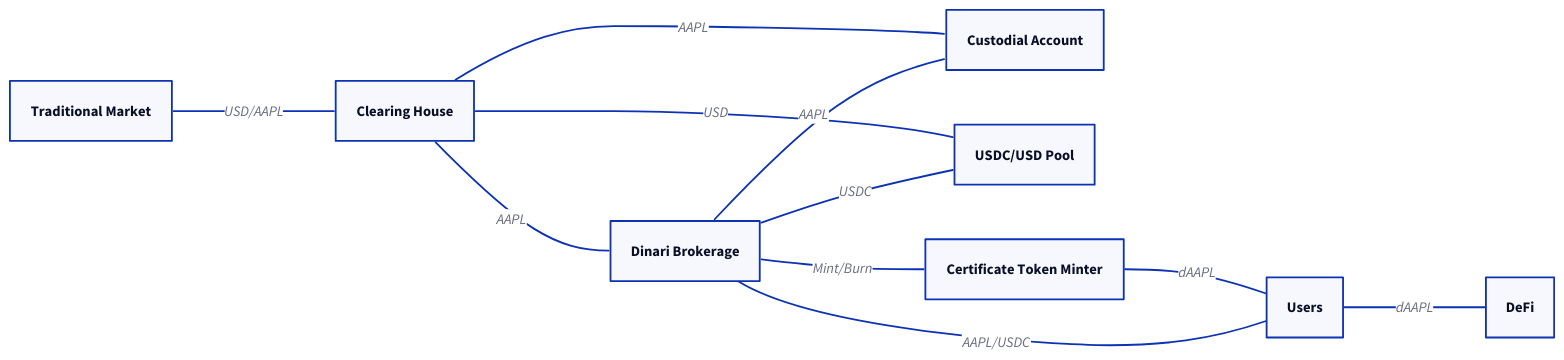
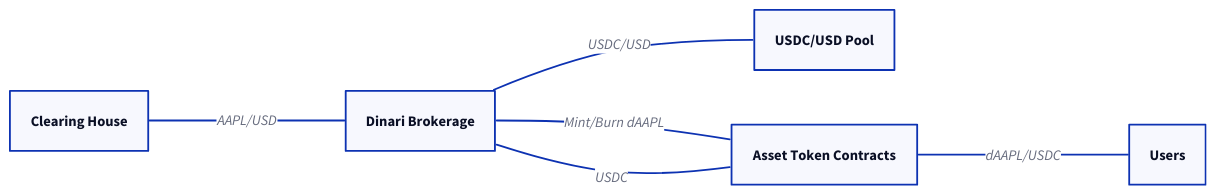
Before and after one commit to dinaricrypto/sbt-contracts: the diagram in docs/top-level.d2, drawn with D2.

```diff
--- a/docs/top-level.d2
+++ b/docs/top-level.d2
@@ -1,21 +1,13 @@
 direction: right
 
-Traditional Market
 Clearing House
-Custodial Account
 Dinari Brokerage
 USDC/USD Pool
-Certificate Token Minter
+Asset Token Contracts
 Users
-DeFi
 
-Traditional Market -- Clearing House: USD/AAPL
-Clearing House -- Custodial Account: AAPL
-Clearing House -- Dinari Brokerage: AAPL
-Clearing House -- USDC/USD Pool: USD
-Dinari Brokerage -- USDC/USD Pool: USDC
-Dinari Brokerage -- Custodial Account: AAPL
-Dinari Brokerage -- Certificate Token Minter: Mint/Burn
-Users -- Dinari Brokerage: AAPL/USDC
-Users -- DeFi: dAAPL
-Certificate Token Minter -- Users: dAAPL
+Clearing House -- Dinari Brokerage: AAPL/USD
+Dinari Brokerage -- USDC/USD Pool: USDC/USD
+Dinari Brokerage -- Asset Token Contracts: Mint/Burn dAAPL
+Dinari Brokerage -- Asset Token Contracts: USDC
+Asset Token Contracts -- Users: dAAPL/USDC
```
